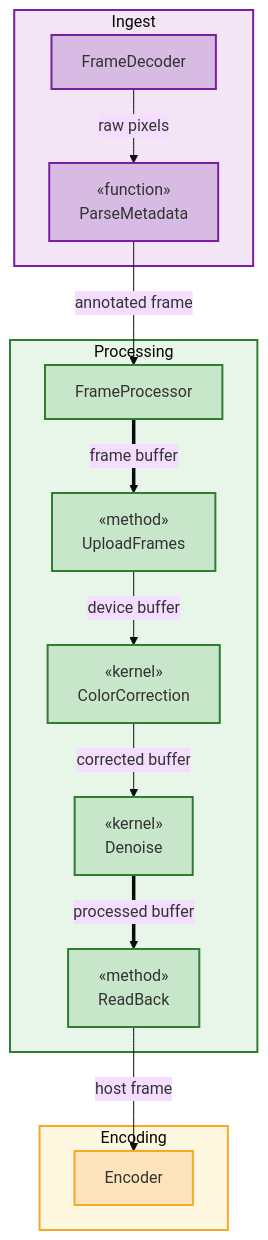
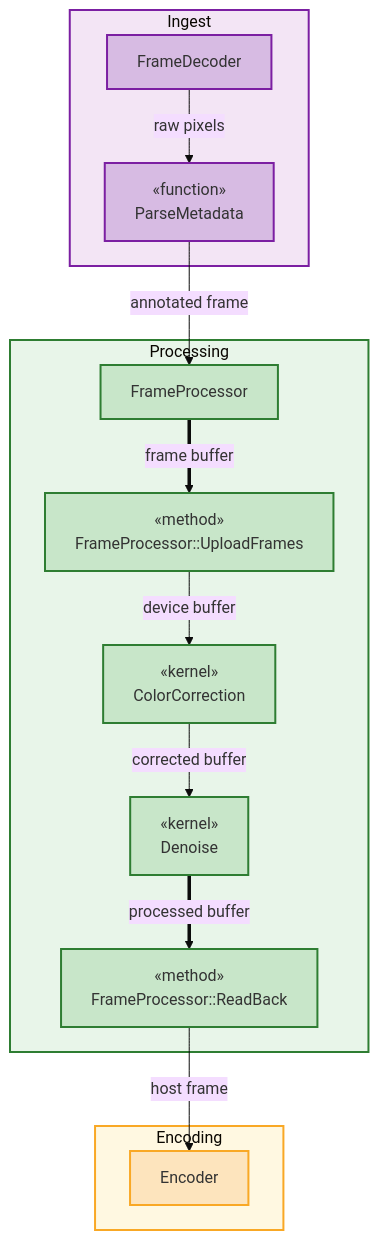
Before and after one commit to dichodaemon/folio: the fourth of 4 diagrams in standards/visual-vocabulary_standards.md, drawn with Mermaid (base theme). The commit also changed other lines of this file, not shown here.

First line of the commit message:
fix(standards): methods use ClassName::MethodName convention

````diff
--- a/standards/visual-vocabulary_standards.md
+++ b/standards/visual-vocabulary_standards.md
@@ -288,34 +288,34 @@
 ```mermaid
 graph TD
     subgraph ingest_group [Ingest]
         FrameDecoder[FrameDecoder]:::ingest
         ParseMetadata["«function»<br>ParseMetadata"]:::ingest
     end
 
     subgraph processing_group [Processing]
         FrameProcessor[FrameProcessor]:::processing
-        UploadFrames["«method»<br>UploadFrames"]:::processing
+        UploadFrames["«method»<br>FrameProcessor::UploadFrames"]:::processing
         ColorCorrection["«kernel»<br>ColorCorrection"]:::processing
         Denoise["«kernel»<br>Denoise"]:::processing
-        ReadBack["«method»<br>ReadBack"]:::processing
+        ReadBack["«method»<br>FrameProcessor::ReadBack"]:::processing
     end
 
     subgraph encoding_group [Encoding]
         Encoder[Encoder]:::encoding
     end
 
     FrameDecoder -->|raw pixels| ParseMetadata
     ParseMetadata -->|annotated frame| FrameProcessor
     FrameProcessor ==>|frame buffer| UploadFrames
     UploadFrames -->|device buffer| ColorCorrection
     ColorCorrection -->|corrected buffer| Denoise
     Denoise ==>|processed buffer| ReadBack
     ReadBack -->|host frame| Encoder
 
     classDef ingest fill:#d7bbe3,stroke:#7b1fa2,stroke-width:2px
     classDef processing fill:#c8e6c9,stroke:#2e7d32,stroke-width:2px
     classDef encoding fill:#fde4bd,stroke:#f9a825,stroke-width:2px
     style ingest_group fill:#f3e5f5,stroke:#7b1fa2,stroke-width:2px
     style processing_group fill:#e8f5e9,stroke:#2e7d32,stroke-width:2px
     style encoding_group fill:#fff8e1,stroke:#f9a825,stroke-width:2px
 ```
````
